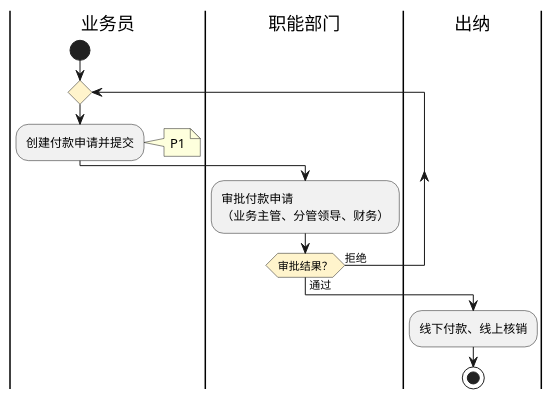
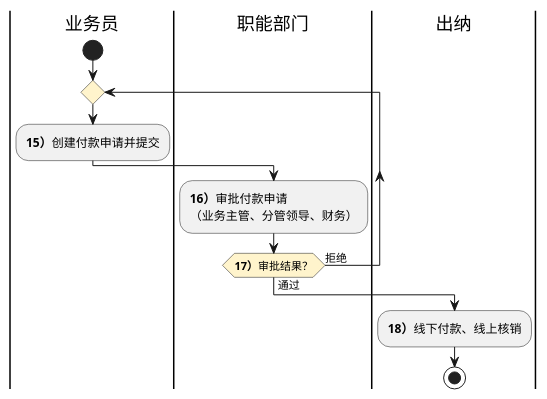
One commit to jack888332/projects-doc changed the third of 3 diagrams in product-caliber/goldjet/segmented-prd/PRD.高捷物流系统一期.第022篇.财务基础与结算流程.40E841D3A6.md. Above: the diagram before and after it, drawn with PlantUML. The commit also changed other lines of this file and 24 other files, not shown here.

````diff
--- a/product-caliber/goldjet/segmented-prd/PRD.高捷物流系统一期.第022篇.财务基础与结算流程.40E841D3A6.md
+++ b/product-caliber/goldjet/segmented-prd/PRD.高捷物流系统一期.第022篇.财务基础与结算流程.40E841D3A6.md
@@ -202,17 +196,16 @@
 ```plantuml
 @startuml goldjet-022-payment-approval
 skinparam activityDiamondBackgroundColor #FFF4CC
 |业务员|
 start
 repeat
   |业务员|
-  :创建付款申请并提交;
-  note right: P1
+  :**15）**创建付款申请并提交;
   |职能部门|
-  :审批付款申请\n（业务主管、分管领导、财务）;
-repeat while (审批结果？) is (拒绝) not (通过)
+  :**16）**审批付款申请\n（业务主管、分管领导、财务）;
+repeat while (**17）**审批结果？) is (拒绝) not (通过)
 |出纳|
-:线下付款、线上核销;
+:**18）**线下付款、线上核销;
 stop
 @enduml
 ```
````
